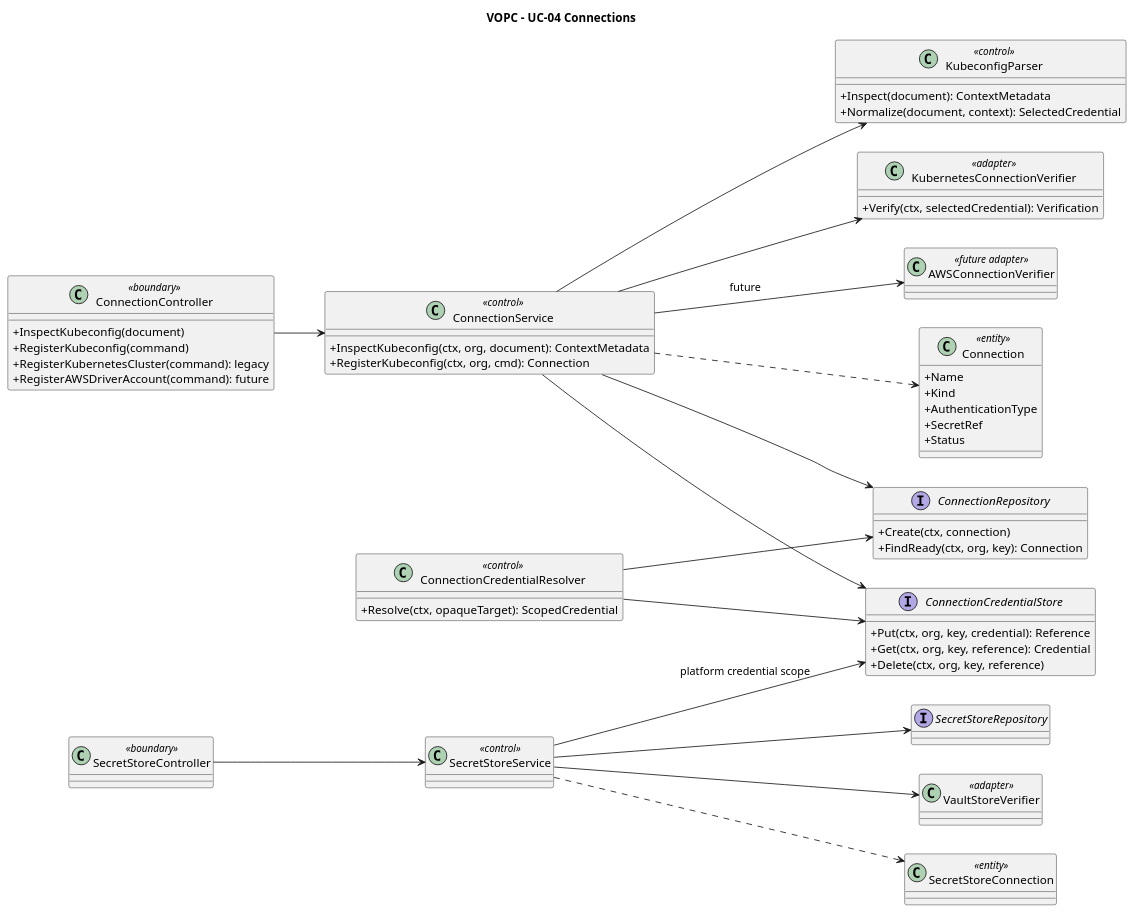
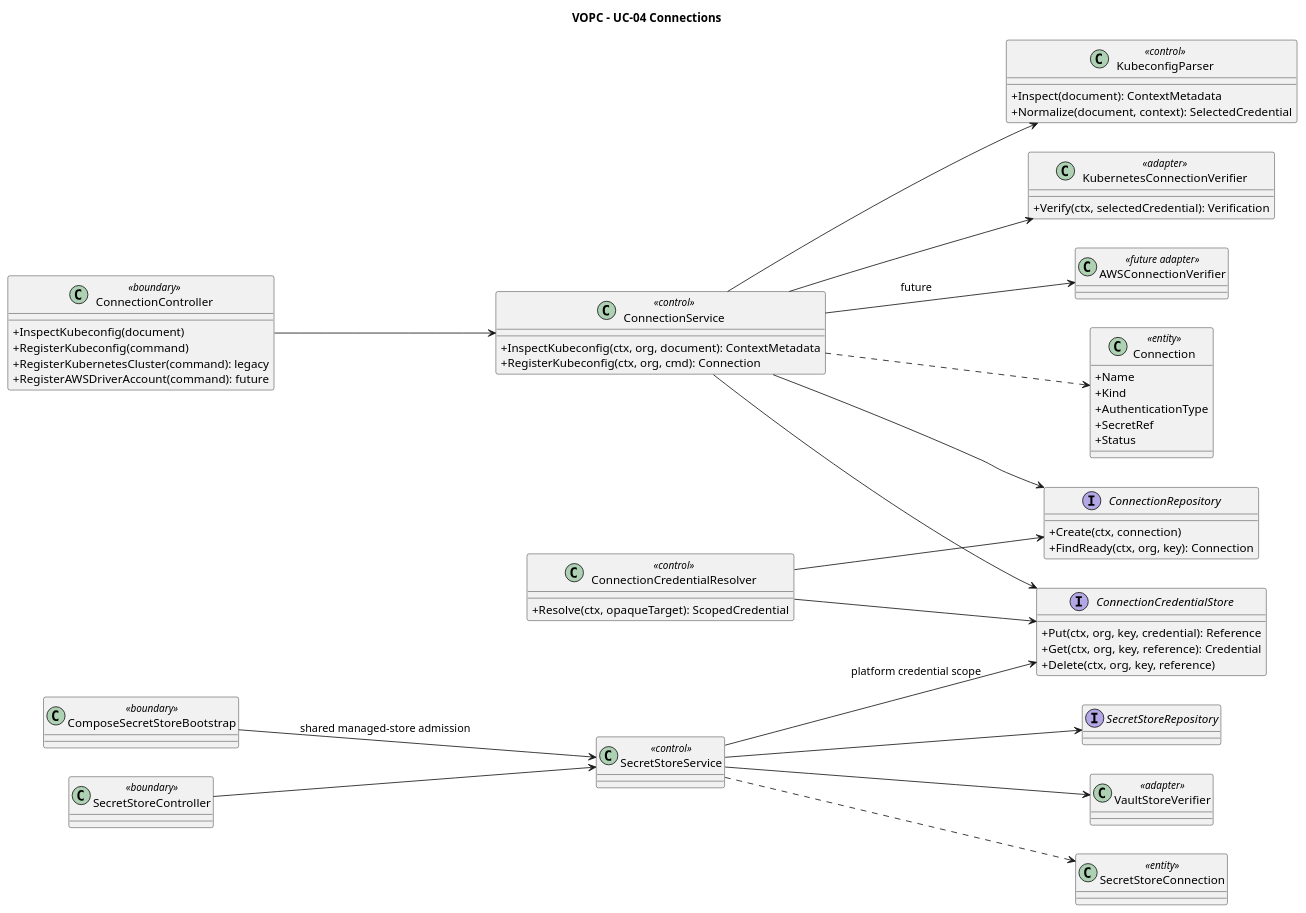
One commit to pr3s3nt/poc changed the diagram in orchestrator_docs/usecase/UC-04/vopc.puml. Above: the diagram before and after it, drawn with PlantUML. The commit also changed 31 other files, not shown here.

Commit message:
fix: register bundled Compose Vault as ordinary secret store

```diff
--- a/orchestrator_docs/usecase/UC-04/vopc.puml
+++ b/orchestrator_docs/usecase/UC-04/vopc.puml
@@ -1,61 +1,63 @@
 @startuml
 title VOPC - UC-04 Connections
 left to right direction
 skinparam classAttributeIconSize 0
 class ConnectionController <<boundary>> {
   +InspectKubeconfig(document)
   +RegisterKubeconfig(command)
   +RegisterKubernetesCluster(command): legacy
   +RegisterAWSDriverAccount(command): future
 }
 class ConnectionService <<control>> {
   +InspectKubeconfig(ctx, org, document): ContextMetadata
   +RegisterKubeconfig(ctx, org, cmd): Connection
 }
 class KubeconfigParser <<control>> {
   +Inspect(document): ContextMetadata
   +Normalize(document, context): SelectedCredential
 }
 class KubernetesConnectionVerifier <<adapter>> {
   +Verify(ctx, selectedCredential): Verification
 }
 class AWSConnectionVerifier <<future adapter>>
 class Connection <<entity>> {
   +Name
   +Kind
   +AuthenticationType
   +SecretRef
   +Status
 }
 interface ConnectionCredentialStore {
   +Put(ctx, org, key, credential): Reference
   +Get(ctx, org, key, reference): Credential
   +Delete(ctx, org, key, reference)
 }
 interface ConnectionRepository {
   +Create(ctx, connection)
   +FindReady(ctx, org, key): Connection
 }
 class ConnectionCredentialResolver <<control>> {
   +Resolve(ctx, opaqueTarget): ScopedCredential
 }
 ConnectionController --> ConnectionService
 ConnectionService --> KubeconfigParser
 ConnectionService --> ConnectionCredentialStore
 ConnectionService --> ConnectionRepository
 ConnectionService --> KubernetesConnectionVerifier
 ConnectionService --> AWSConnectionVerifier : future
 ConnectionService ..> Connection
 ConnectionCredentialResolver --> ConnectionRepository
 ConnectionCredentialResolver --> ConnectionCredentialStore
 class SecretStoreController <<boundary>>
 class SecretStoreService <<control>>
 class VaultStoreVerifier <<adapter>>
 class SecretStoreConnection <<entity>>
 interface SecretStoreRepository
 SecretStoreController --> SecretStoreService
 SecretStoreService --> VaultStoreVerifier
 SecretStoreService --> SecretStoreRepository
 SecretStoreService --> ConnectionCredentialStore : platform credential scope
 SecretStoreService ..> SecretStoreConnection
+class ComposeSecretStoreBootstrap <<boundary>>
+ComposeSecretStoreBootstrap --> SecretStoreService : shared managed-store admission
 @enduml
```
